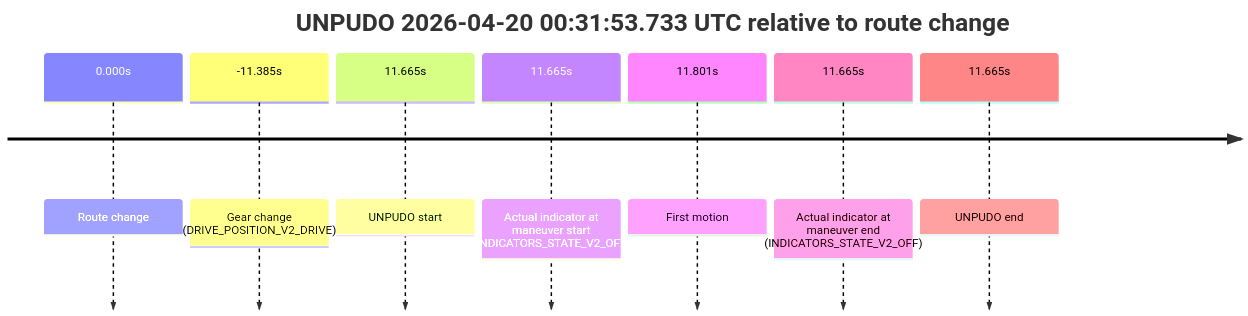
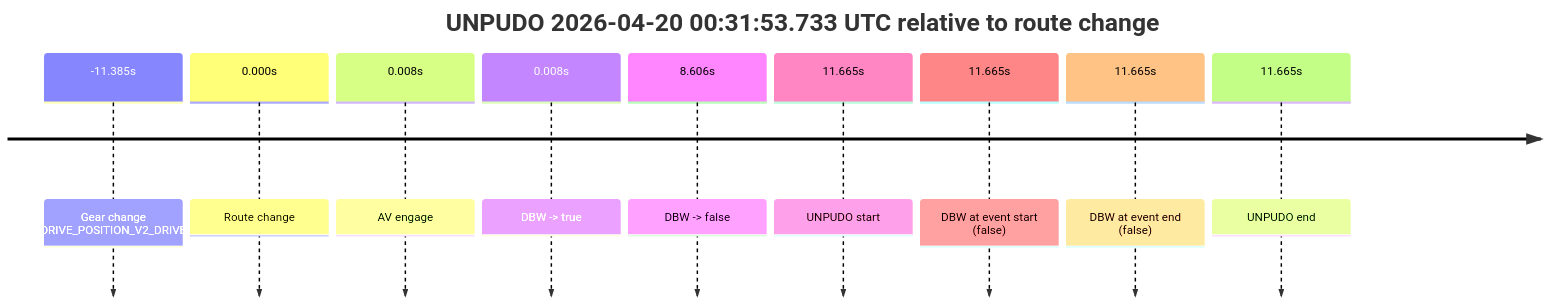
One commit to yoelshapiro/vault changed the second of 5 diagrams in model_analysis/report_cards/2026/04/Week-4/fme10003--2026-04-20--00-17-49--gen2-av-81084107-eb92-4ac2-bd9a-21ddf7cc8172.md. Above: the diagram before and after it, drawn with Mermaid. The commit also changed other lines of this file and 85 other files, not shown here.

````diff
--- a/model_analysis/report_cards/2026/04/Week-4/fme10003--2026-04-20--00-17-49--gen2-av-81084107-eb92-4ac2-bd9a-21ddf7cc8172.md
+++ b/model_analysis/report_cards/2026/04/Week-4/fme10003--2026-04-20--00-17-49--gen2-av-81084107-eb92-4ac2-bd9a-21ddf7cc8172.md
@@ -126,11 +131,13 @@
 ```mermaid
 timeline
     title UNPUDO 2026-04-20 00:31:53.733 UTC relative to route change
+    -11.385s : Gear change (DRIVE_POSITION_V2_DRIVE)
     0.000s : Route change
-    -11.385s : Gear change (DRIVE_POSITION_V2_DRIVE)
+    0.008s : AV engage
+    0.008s : DBW -> true
+    8.606s : DBW -> false
     11.665s : UNPUDO start
-    11.665s : Actual indicator at maneuver start (INDICATORS_STATE_V2_OFF)
-    11.801s : First motion
-    11.665s : Actual indicator at maneuver end (INDICATORS_STATE_V2_OFF)
+    11.665s : DBW at event start (false)
+    11.665s : DBW at event end (false)
     11.665s : UNPUDO end
 ```
````
